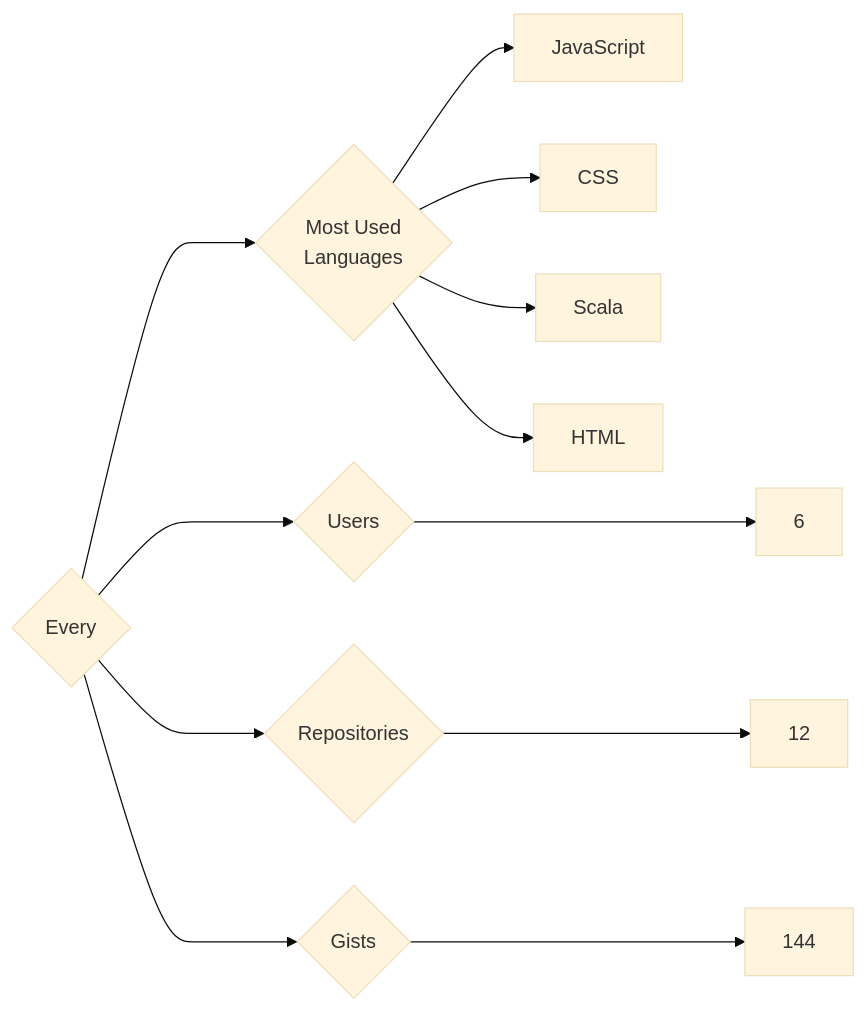
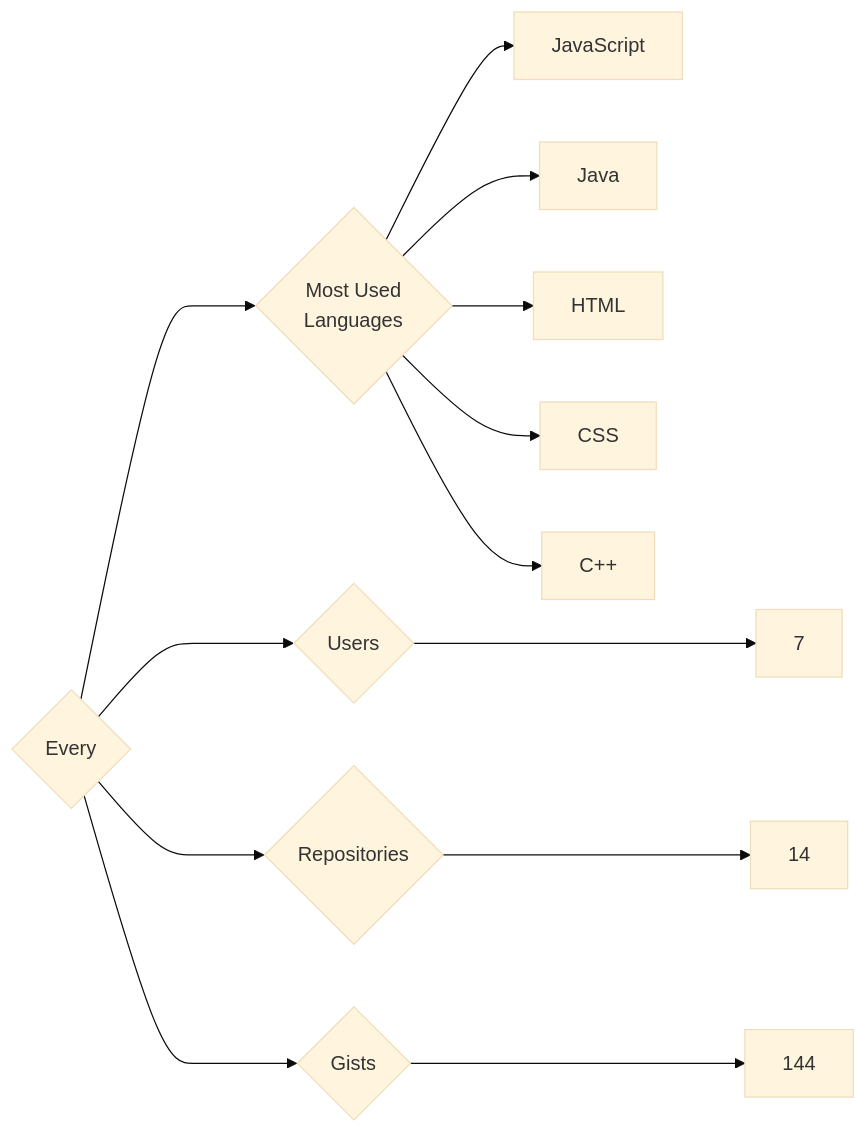
One commit to trickest/insiders changed the diagram in targets/Every/README.md. Above: the diagram before and after it, drawn with Mermaid (base theme). The commit also changed 1084 other files, not shown here.

````diff
--- a/targets/Every/README.md
+++ b/targets/Every/README.md
@@ -3,12 +3,13 @@
 ```mermaid
 graph LR
 COMPANY_NAME{Every}
-COMPANY_NAME ---> U{Users} ---> UN[6]
-COMPANY_NAME ---> R{Repositories} ---> RN[12]
+COMPANY_NAME ---> U{Users} ---> UN[7]
+COMPANY_NAME ---> R{Repositories} ---> RN[14]
 COMPANY_NAME ---> G{Gists} ---> GN[144]
 COMPANY_NAME ---> ML{Most Used<br>Languages}
 ML --> JavaScript[JavaScript]
+ML --> Java[Java]
+ML --> HTML[HTML]
 ML --> CSS[CSS]
-ML --> Scala[Scala]
-ML --> HTML[HTML]
+ML --> C++[C++]
 ```
````
